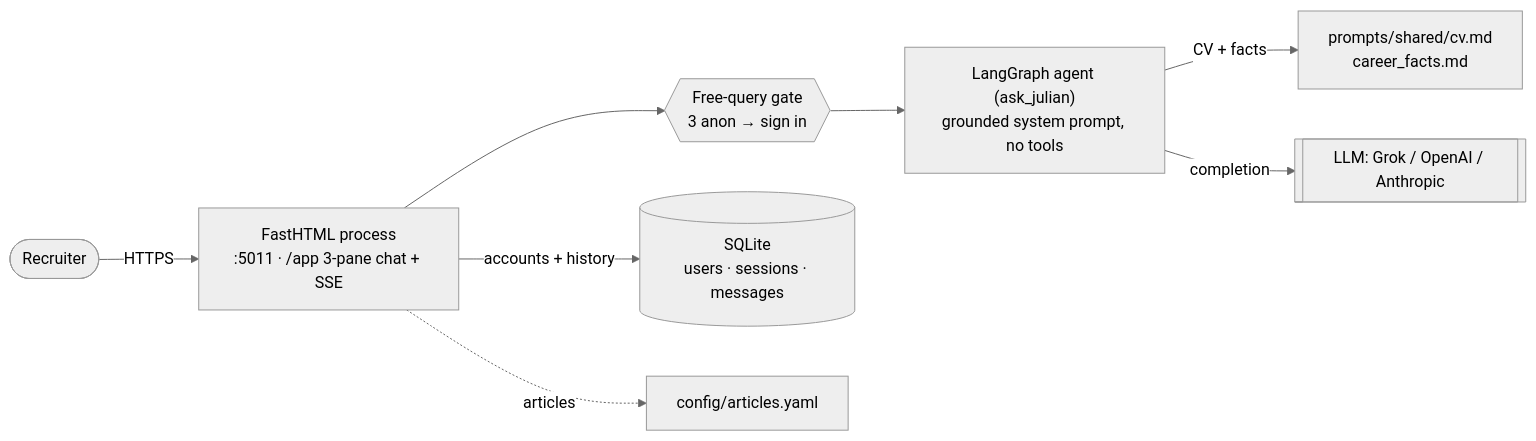
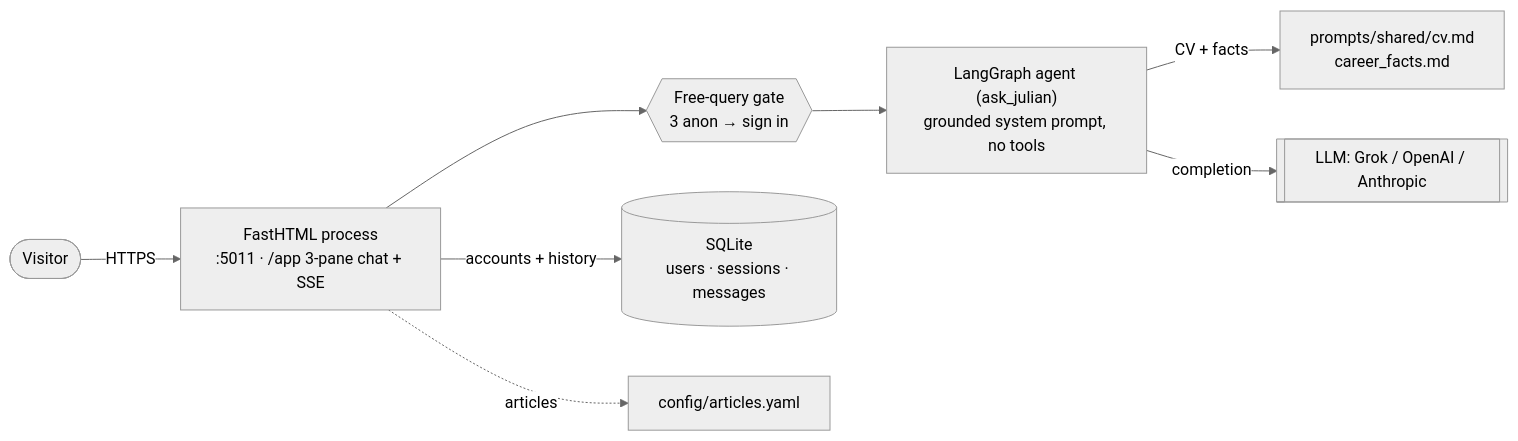
Before and after one commit to kaljuvee/kaljuvee-chat: the diagram in README.md, drawn with Mermaid (neutral theme). The commit also changed other lines of this file and 17 other files, not shown here.

````diff
--- a/README.md
+++ b/README.md
@@ -18,10 +18,10 @@
 ```mermaid
 flowchart LR
-    USER(["Recruiter"]) -->|HTTPS| APP["FastHTML process<br/>:5011 · /app 3-pane chat + SSE"]
+    USER(["Visitor"]) -->|HTTPS| APP["FastHTML process<br/>:5011 · /app 3-pane chat + SSE"]
     APP --> GATE{{"Free-query gate<br/>3 anon → sign in"}}
     GATE --> AGENT["LangGraph agent (ask_julian)<br/>grounded system prompt, no tools"]
     AGENT -->|CV + facts| PROMPT["prompts/shared/cv.md<br/>career_facts.md"]
     AGENT -->|completion| LLM[["LLM: Grok / OpenAI / Anthropic"]]
     APP -->|accounts + history| DB[("SQLite<br/>users · sessions · messages")]
     APP -. articles .-> ART["config/articles.yaml"]
 ```
````
